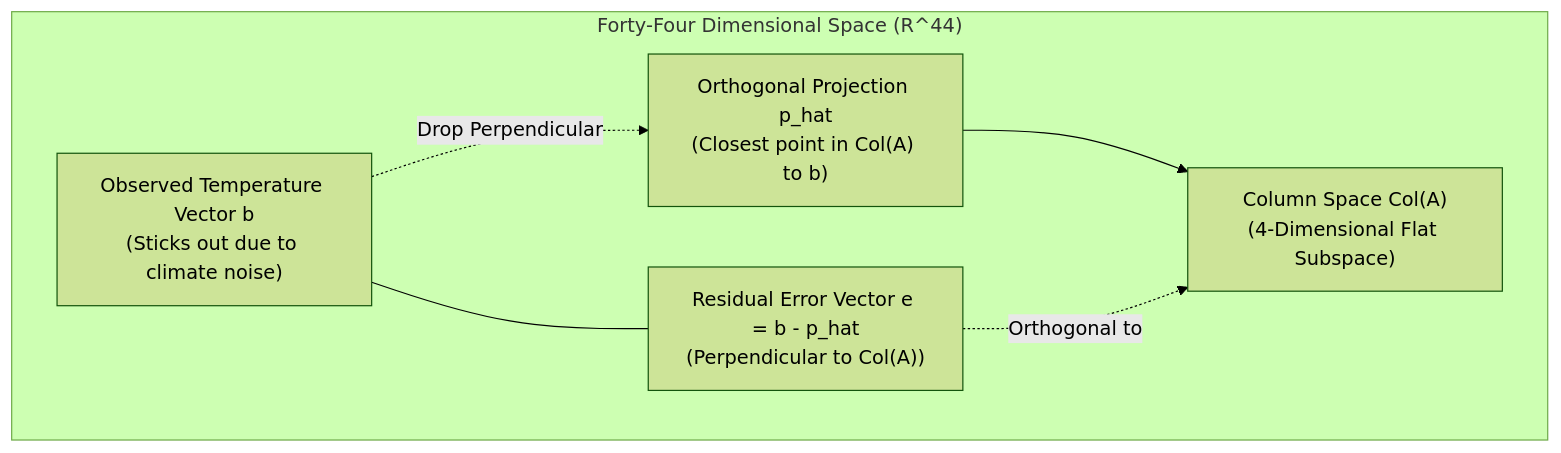
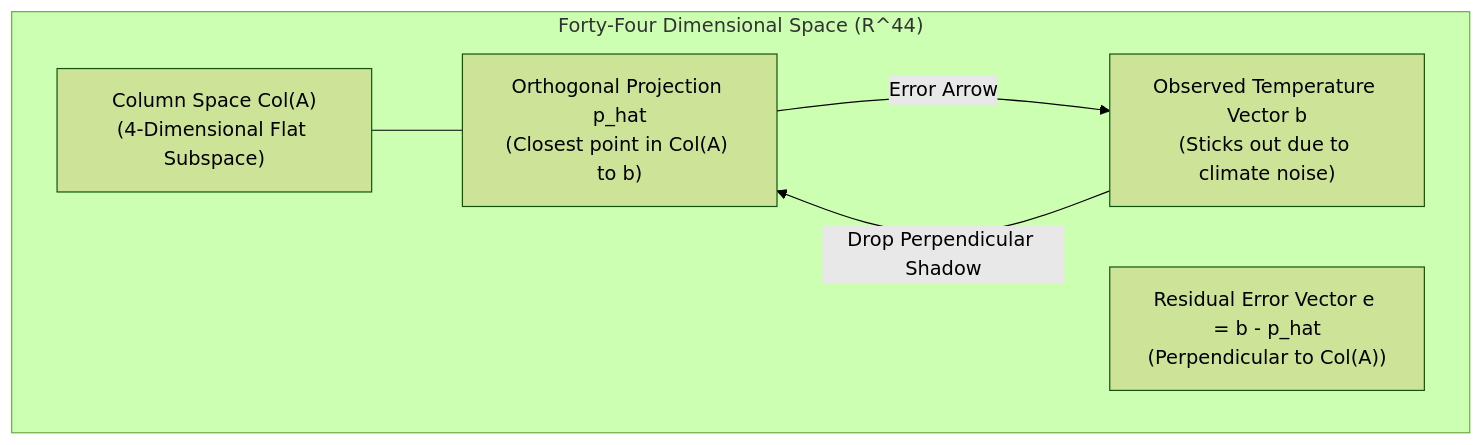
Before and after one commit to YatishGowda09/climate-change-linear-algebra: the second of 5 diagrams in INTUITIVE_PROJECT_GUIDE.md, drawn with Mermaid (forest theme). The commit also changed other lines of this file and 5 other files, not shown here.

````diff
--- a/INTUITIVE_PROJECT_GUIDE.md
+++ b/INTUITIVE_PROJECT_GUIDE.md
@@ -114,14 +114,12 @@
 ```mermaid
 flowchart TD
     subgraph R44["Forty-Four Dimensional Space (R^44)"]
         ColA["Column Space Col(A)\n(4-Dimensional Flat Subspace)"]
         b["Observed Temperature Vector b\n(Sticks out due to climate noise)"]
         p["Orthogonal Projection p_hat\n(Closest point in Col(A) to b)"]
         e["Residual Error Vector e = b - p_hat\n(Perpendicular to Col(A))"]
-        
-        b -. "Drop Perpendicular" .-> p
-        p --> ColA
-        b --- e
-        e -. "Orthogonal to" .-> ColA
     end
+    b -->|Drop Perpendicular Shadow| p
+    p -->|Error Arrow| b
+    ColA --- p
 ```
````
